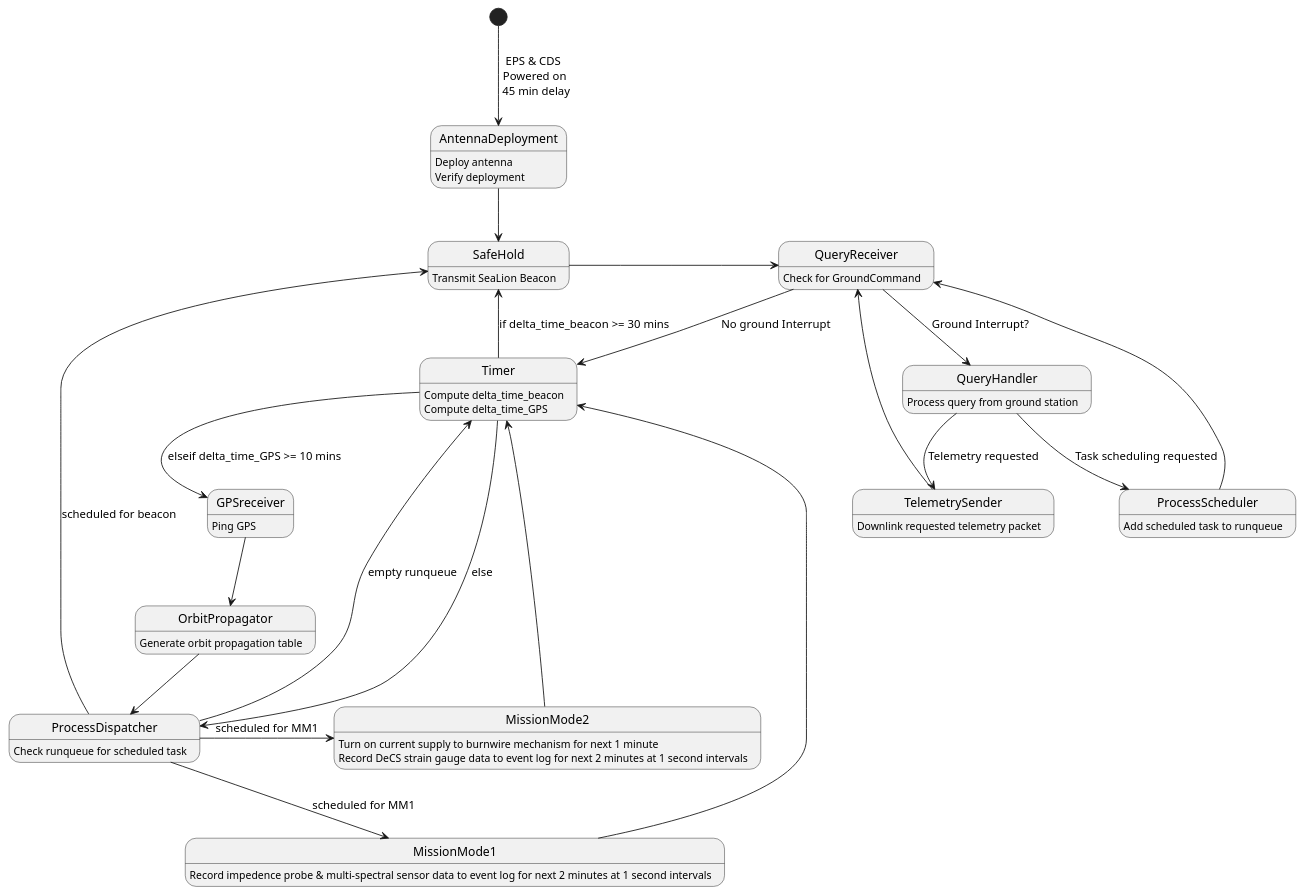
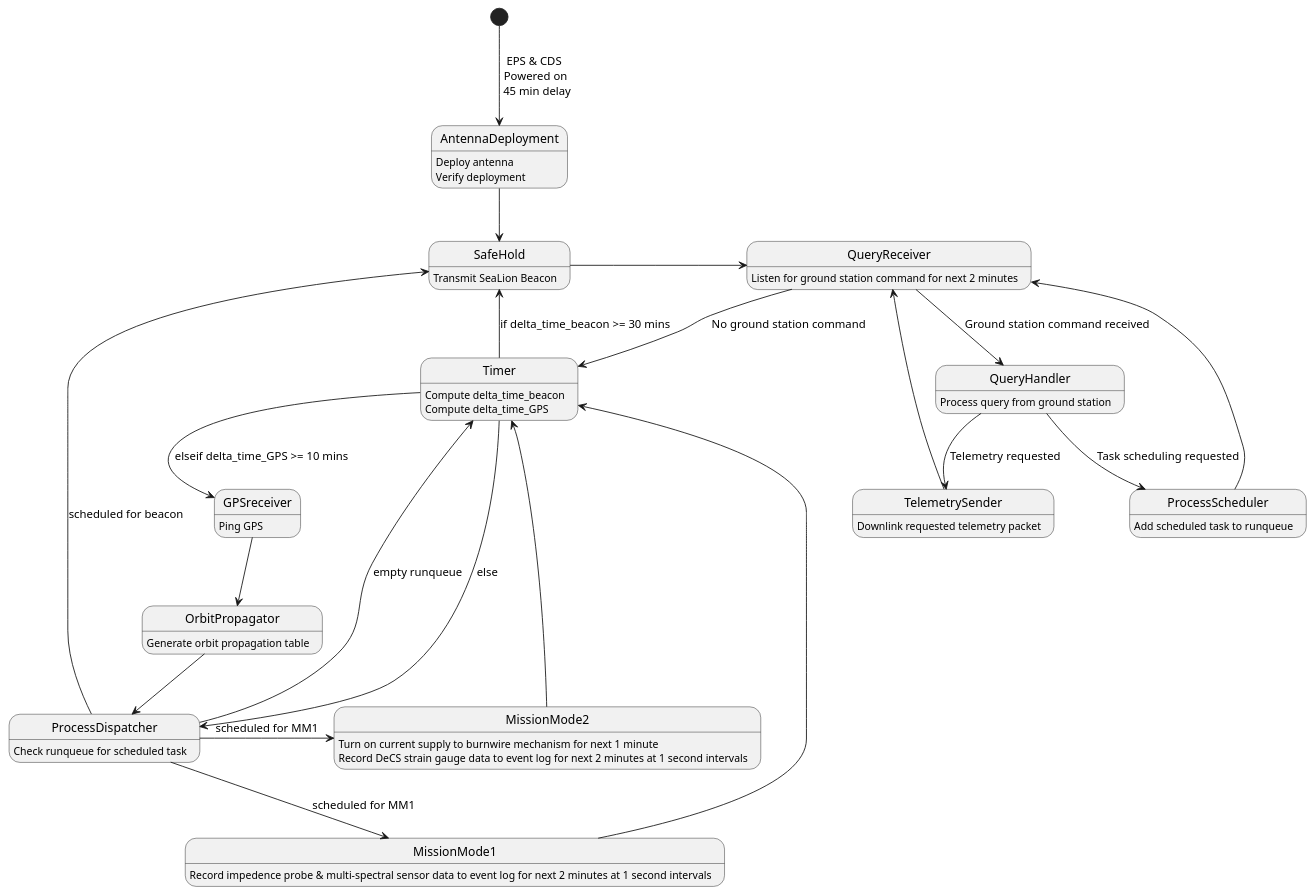
Before and after one commit to ODU-CGA-CubeSat/FSW: the diagram in fsw-architecture/operating-mode-as-fsm.puml, drawn with PlantUML.

Commit message:
use consistent verbiage for ground station command

```diff
--- a/fsw-architecture/operating-mode-as-fsm.puml
+++ b/fsw-architecture/operating-mode-as-fsm.puml
@@ -1,51 +1,51 @@
 @startuml
 
 state AntennaDeployment
       AntennaDeployment : Deploy antenna
       AntennaDeployment : Verify deployment
 state SafeHold
       SafeHold : Transmit SeaLion Beacon
 state QueryReceiver
-      QueryReceiver : Check for GroundCommand
+      QueryReceiver : Listen for ground station command for next 2 minutes
 state TelemetrySender
       TelemetrySender : Downlink requested telemetry packet
 state Timer
       Timer : Compute delta_time_beacon
       Timer : Compute delta_time_GPS
 state MissionMode1
       MissionMode1 : Record impedence probe & multi-spectral sensor data to event log for next 2 minutes at 1 second intervals
 state MissionMode2
       MissionMode2 : Turn on current supply to burnwire mechanism for next 1 minute
       MissionMode2 : Record DeCS strain gauge data to event log for next 2 minutes at 1 second intervals
 state ProcessDispatcher
       ProcessDispatcher : Check runqueue for scheduled task
 state OrbitPropagator
       OrbitPropagator : Generate orbit propagation table
 state GPSreceiver
       GPSreceiver : Ping GPS
 state QueryHandler
       QueryHandler : Process query from ground station
 state ProcessScheduler
       ProcessScheduler : Add scheduled task to runqueue
 
 [*] --> AntennaDeployment : EPS & CDS \n Powered on \n 45 min delay
 AntennaDeployment --> SafeHold
 SafeHold -> QueryReceiver
-QueryReceiver --> QueryHandler : Ground Interrupt?
-QueryReceiver -> Timer : No ground Interrupt
+QueryReceiver --> QueryHandler : Ground station command received
+QueryReceiver -> Timer : No ground station command
 QueryHandler --> TelemetrySender : Telemetry requested
 QueryHandler --> ProcessScheduler : Task scheduling requested
 TelemetrySender --> QueryReceiver
 ProcessScheduler --> QueryReceiver
 MissionMode1 --> Timer
 MissionMode2 --> Timer
 GPSreceiver --> OrbitPropagator
 OrbitPropagator --> ProcessDispatcher
 Timer --> SafeHold : if delta_time_beacon >= 30 mins
 Timer --> GPSreceiver : elseif delta_time_GPS >= 10 mins
 Timer --> ProcessDispatcher : else
 ProcessDispatcher --> SafeHold : scheduled for beacon
 ProcessDispatcher --> MissionMode1 : scheduled for MM1
 ProcessDispatcher -> MissionMode2 : scheduled for MM1
 ProcessDispatcher --> Timer : empty runqueue
 @enduml
```
